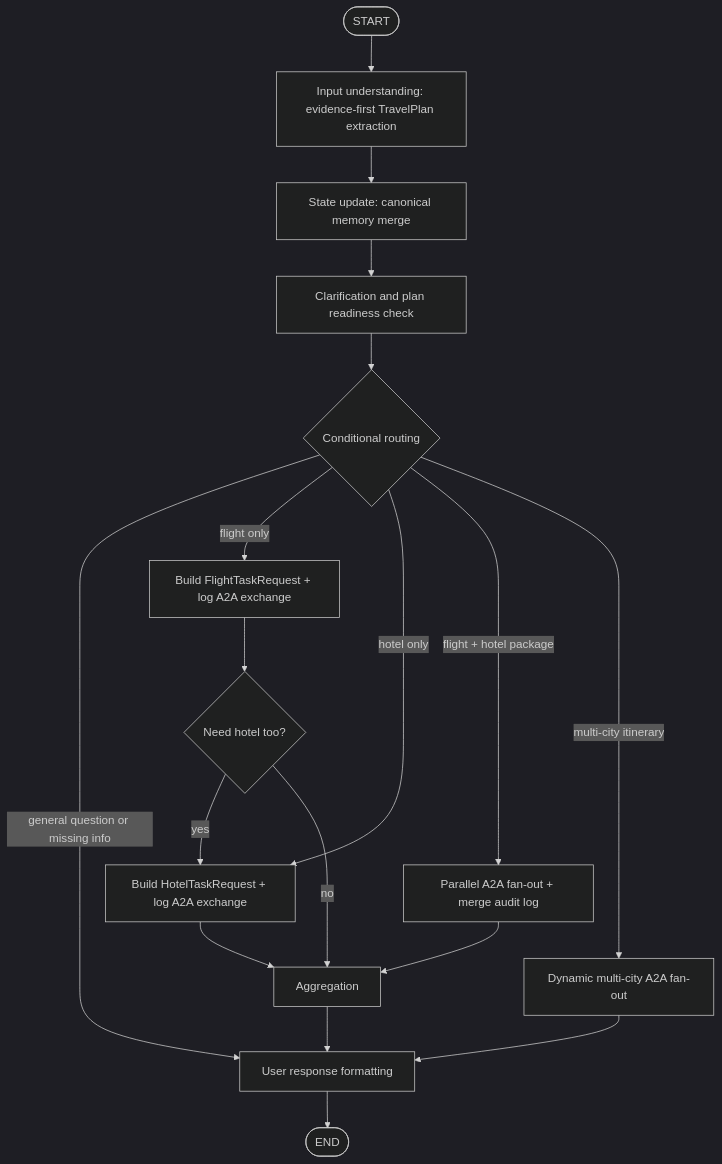
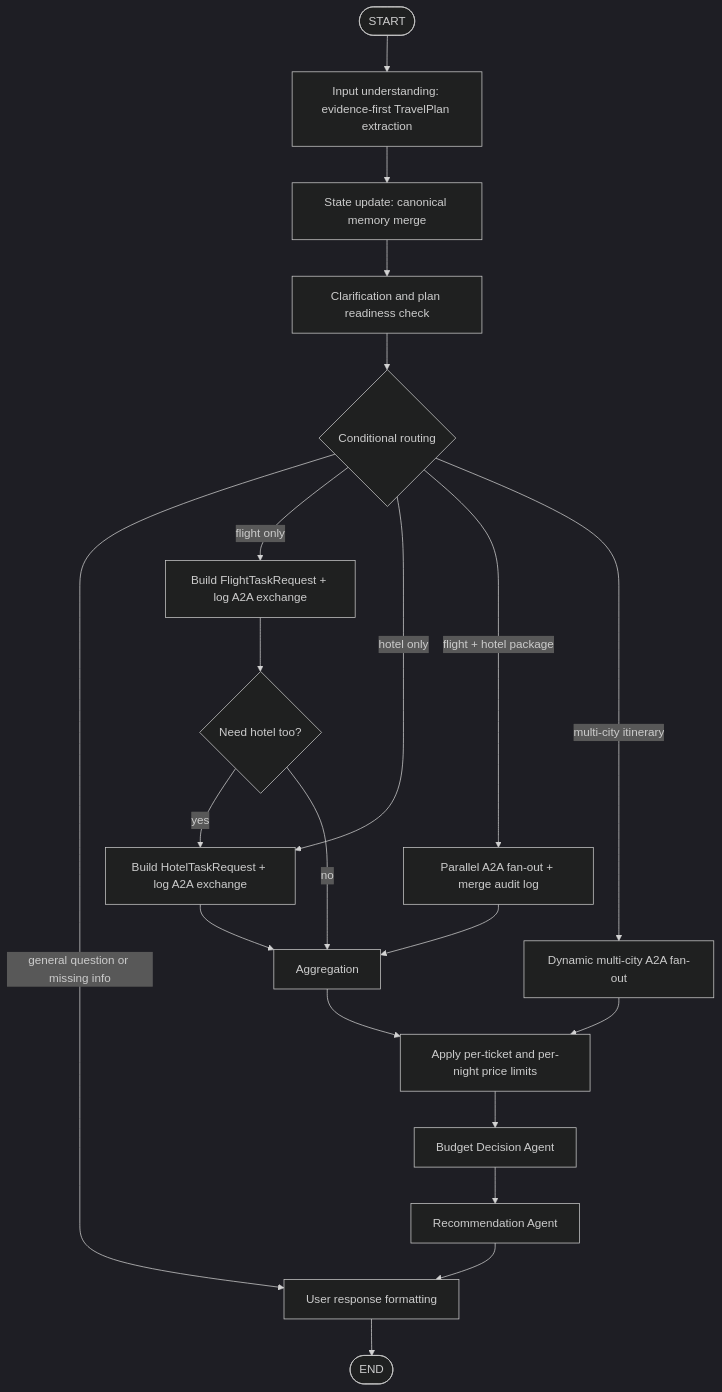
The first of 3 diagrams in README.md (LindaL47/Collaborative-Multi-Agent-Travel-Planning-System), drawn with Mermaid (dark theme) before and after one commit. The commit also changed other lines of this file and 6 other files, not shown here.

````diff
--- a/README.md
+++ b/README.md
@@ -165,20 +180,23 @@
 ```mermaid
 flowchart TD
     START([START]) --> input_understanding[Input understanding: evidence-first TravelPlan extraction]
     input_understanding --> state_update[State update: canonical memory merge]
     state_update --> clarification[Clarification and plan readiness check]
     clarification --> route{Conditional routing}
     route -->|general question or missing info| user_response_formatting[User response formatting]
     route -->|flight only| flight_delegation[Build FlightTaskRequest + log A2A exchange]
     route -->|hotel only| hotel_delegation[Build HotelTaskRequest + log A2A exchange]
     route -->|flight + hotel package| parallel_a2a_delegation[Parallel A2A fan-out + merge audit log]
     route -->|multi-city itinerary| multi_city_delegation[Dynamic multi-city A2A fan-out]
     flight_delegation --> after_flight{Need hotel too?}
     after_flight -->|yes| hotel_delegation
     after_flight -->|no| aggregation[Aggregation]
     parallel_a2a_delegation --> aggregation
     hotel_delegation --> aggregation
-    aggregation --> user_response_formatting
-    multi_city_delegation --> user_response_formatting
+    multi_city_delegation --> budget_filter[Apply per-ticket and per-night price limits]
+    aggregation --> budget_filter
+    budget_filter --> budget_assessment[Budget Decision Agent]
+    budget_assessment --> option_recommendation[Recommendation Agent]
+    option_recommendation --> user_response_formatting
     user_response_formatting --> END([END])
 ```
````
